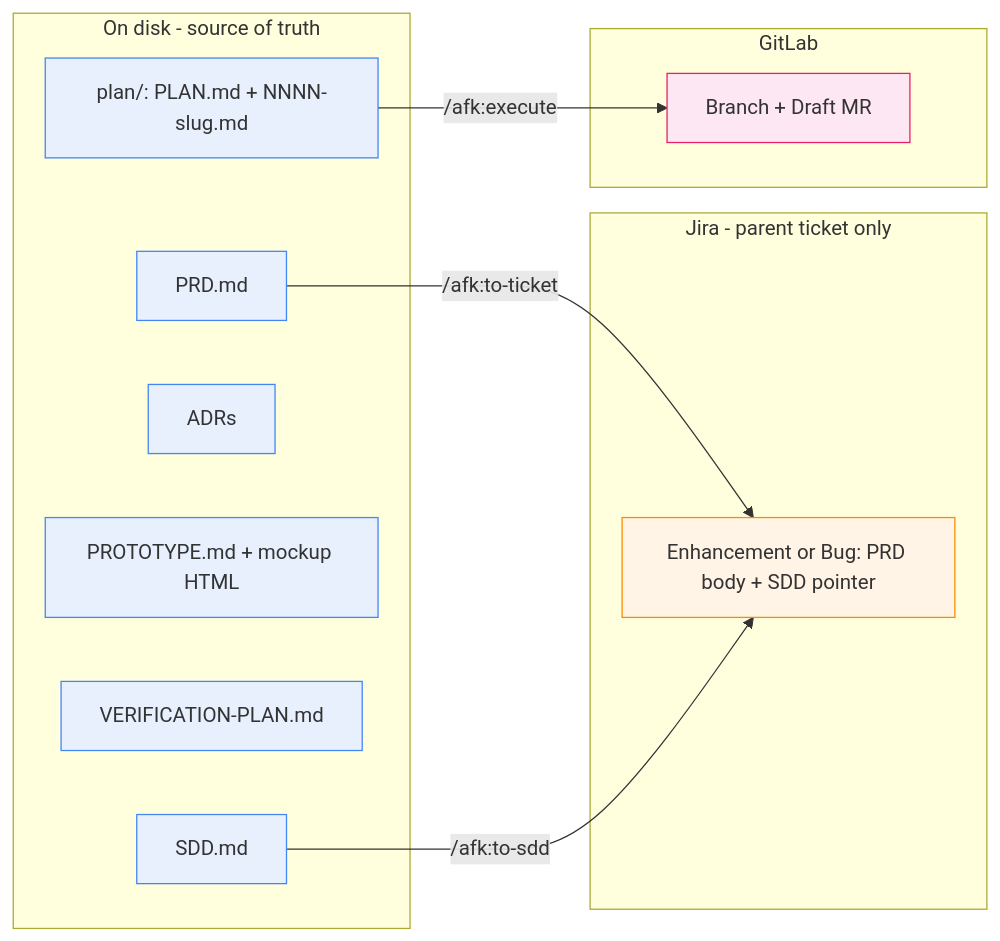
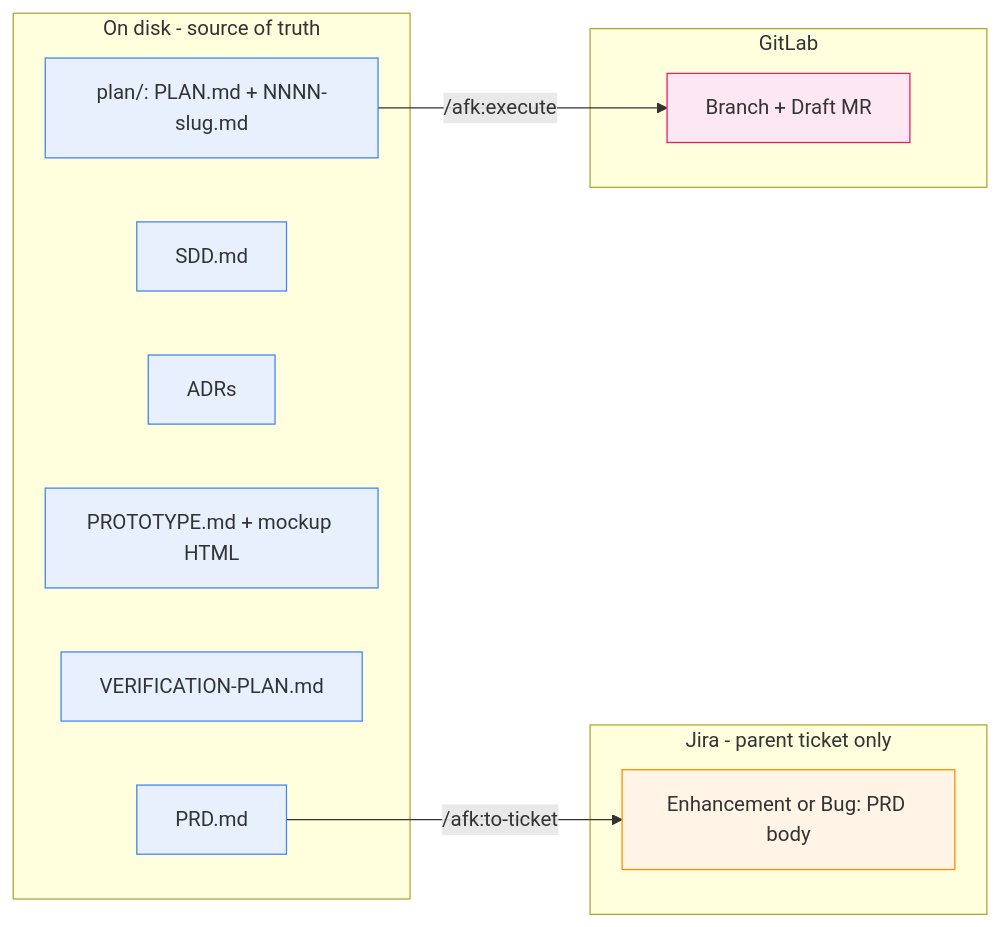
The first of 6 diagrams in README.md (midnightblur/afk-driver), drawn with Mermaid before and after one commit. The commit also changed other lines of this file and 69 other files, not shown here.

````diff
--- a/README.md
+++ b/README.md
@@ -122,26 +122,25 @@
 ```mermaid
 graph LR
     subgraph disk_store [On disk - source of truth]
         PRD[PRD.md]
         SDD[SDD.md]
         ADR[ADRs]
         PROTO[PROTOTYPE.md + mockup HTML]
         E2E[VERIFICATION-PLAN.md]
         PLAN["plan/: PLAN.md + NNNN-slug.md"]
     end
     subgraph jira_store [Jira - parent ticket only]
-        TICKET["Enhancement or Bug: PRD body + SDD pointer"]
+        TICKET["Enhancement or Bug: PRD body"]
     end
     subgraph gl_store [GitLab]
         MR[Branch + Draft MR]
     end
     PRD -->|/afk:to-ticket| TICKET
-    SDD -->|/afk:to-sdd| TICKET
     PLAN -->|/afk:execute| MR
     classDef disk fill:#e8f0fe,stroke:#4285f4;
     classDef jira fill:#fff4e5,stroke:#fb8c00;
     classDef gl fill:#fde7f3,stroke:#e91e63;
     class PRD,SDD,ADR,PROTO,E2E,PLAN disk;
     class TICKET jira;
     class MR gl;
 ```
````
